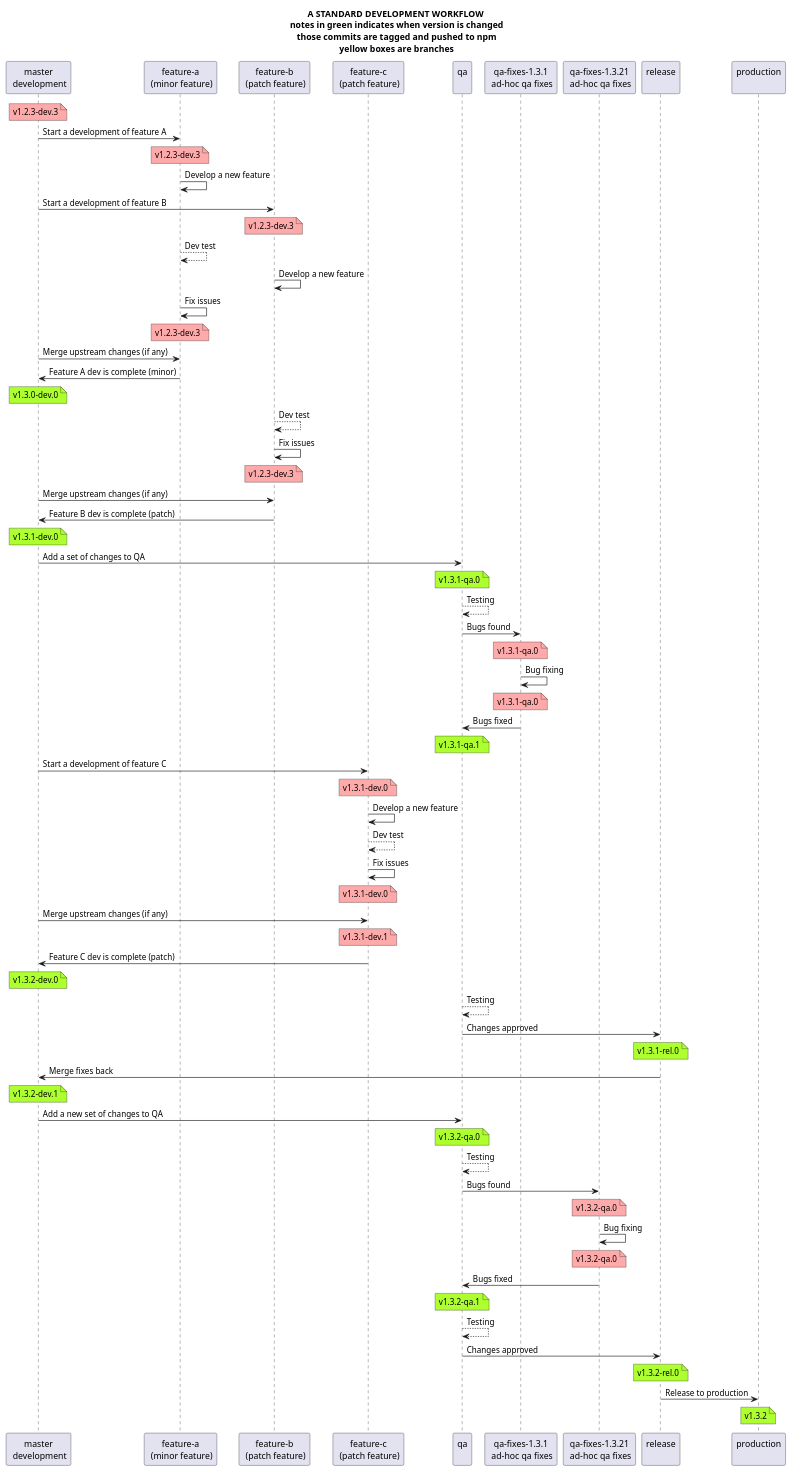
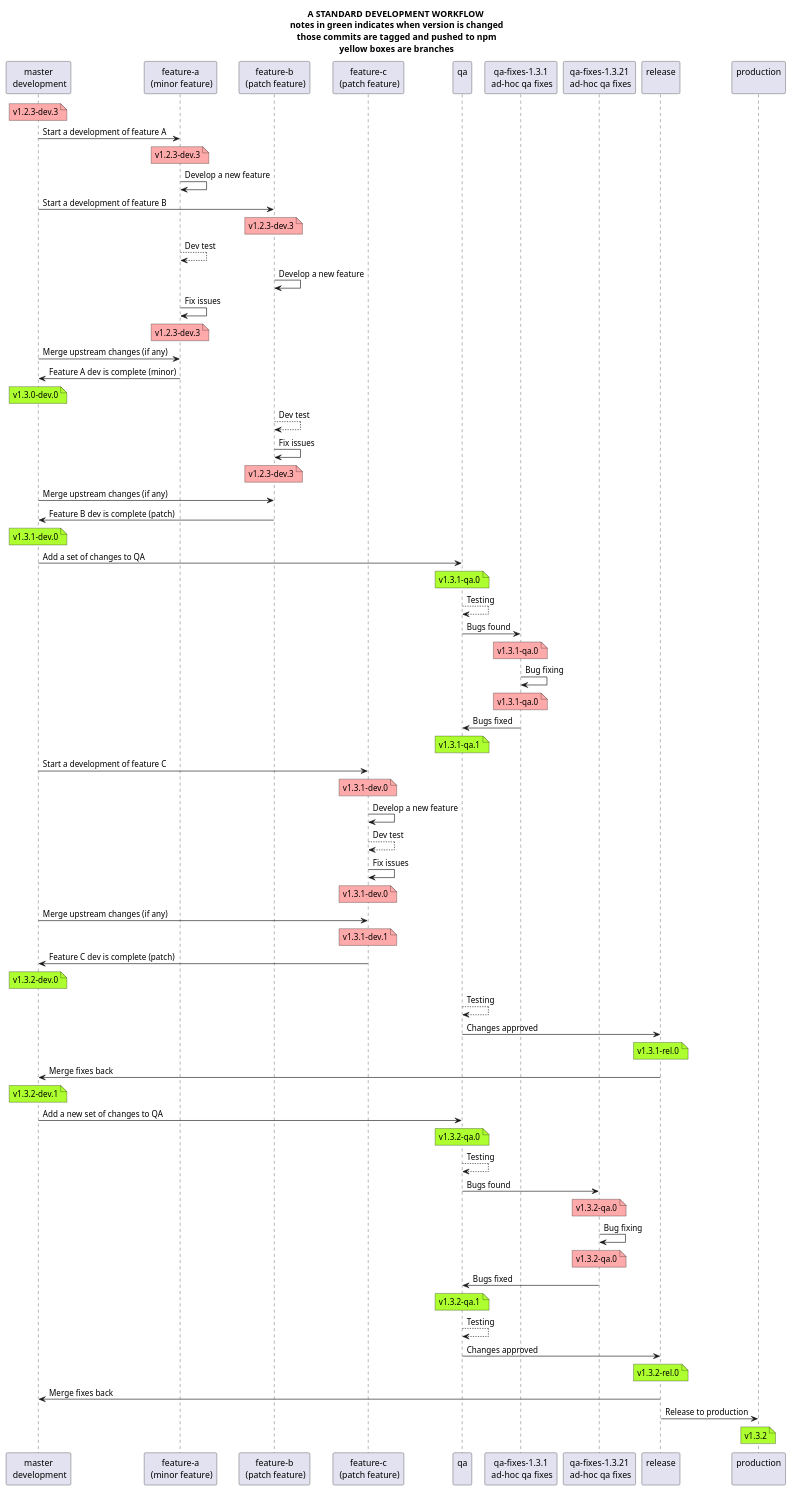
Before and after one commit to alpheios-project/documentation: the diagram in development/git-workflow/git-std-worklow-proposal.puml, drawn with PlantUML. The commit also changed 1 other file, not shown here.

```diff
--- a/development/git-workflow/git-std-worklow-proposal.puml
+++ b/development/git-workflow/git-std-worklow-proposal.puml
@@ -1,76 +1,77 @@
 @startuml
 title A STANDARD DEVELOPMENT WORKFLOW\n notes in green indicates when version is changed\n those commits are tagged and pushed to npm\n yellow boxes are branches
 participant "master\n development" as mst
 participant "feature-a\n (minor feature)" as f1
 participant "feature-b\n (patch feature)" as f2
 participant "feature-c\n (patch feature)" as f3
 participant "qa\n" as qa
 participant "qa-fixes-1.3.1\n ad-hoc qa fixes" as qafix
 participant "qa-fixes-1.3.21\n ad-hoc qa fixes" as qafix2
 participant "release\n" as rel
 participant "production\n" as prod
 
 note over mst #FFAAAA: v1.2.3-dev.3
 mst -> f1: Start a development of feature A
 note over f1 #FFAAAA: v1.2.3-dev.3
 f1 -> f1: Develop a new feature
 mst -> f2: Start a development of feature B
 note over f2 #FFAAAA: v1.2.3-dev.3
 f1 --> f1: Dev test
 f2 -> f2: Develop a new feature
 f1 -> f1: Fix issues
 note over f1 #FFAAAA: v1.2.3-dev.3
 mst -> f1: Merge upstream changes (if any)
 f1 -> mst: Feature A dev is complete (minor)
 note over mst #GreenYellow: v1.3.0-dev.0
 
 f2 --> f2: Dev test
 f2 -> f2: Fix issues
 note over f2 #FFAAAA: v1.2.3-dev.3
 mst -> f2: Merge upstream changes (if any)
 f2 -> mst: Feature B dev is complete (patch)
 note over mst #GreenYellow: v1.3.1-dev.0
 
 mst -> qa: Add a set of changes to QA
 note over qa #GreenYellow: v1.3.1-qa.0
 qa --> qa: Testing
 qa -> qafix: Bugs found
 note over qafix #FFAAAA: v1.3.1-qa.0
 qafix -> qafix: Bug fixing
 note over qafix #FFAAAA: v1.3.1-qa.0
 qafix -> qa: Bugs fixed
 note over qa #GreenYellow: v1.3.1-qa.1
 
 mst -> f3: Start a development of feature C
 note over f3 #FFAAAA: v1.3.1-dev.0
 f3 -> f3: Develop a new feature
 f3 --> f3: Dev test
 f3 -> f3: Fix issues
 note over f3 #FFAAAA: v1.3.1-dev.0
 mst -> f3: Merge upstream changes (if any)
 note over f3 #FFAAAA: v1.3.1-dev.1
 f3 -> mst: Feature C dev is complete (patch)
 note over mst #GreenYellow: v1.3.2-dev.0
 
 qa --> qa: Testing
 qa -> rel: Changes approved
 note over rel #GreenYellow: v1.3.1-rel.0
 rel -> mst: Merge fixes back
 note over mst #GreenYellow: v1.3.2-dev.1
 
 mst -> qa: Add a new set of changes to QA
 note over qa #GreenYellow: v1.3.2-qa.0
 qa --> qa: Testing
 qa -> qafix2: Bugs found
 note over qafix2 #FFAAAA: v1.3.2-qa.0
 qafix2 -> qafix2: Bug fixing
 note over qafix2 #FFAAAA: v1.3.2-qa.0
 qafix2 -> qa: Bugs fixed
 note over qa #GreenYellow: v1.3.2-qa.1
 qa --> qa: Testing
 qa -> rel: Changes approved
 note over rel #GreenYellow: v1.3.2-rel.0
+rel -> mst: Merge fixes back
 
 rel -> prod: Release to production
 note over prod #GreenYellow: v1.3.2
 @enduml
```
